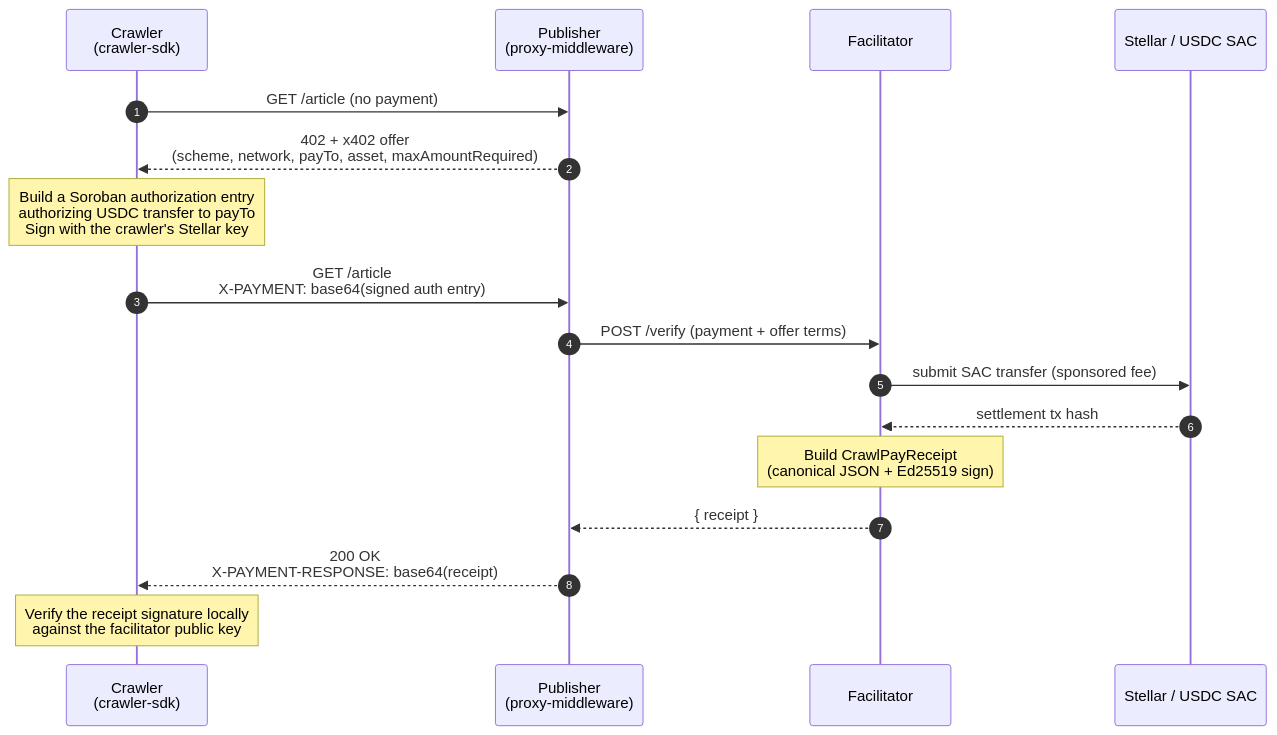
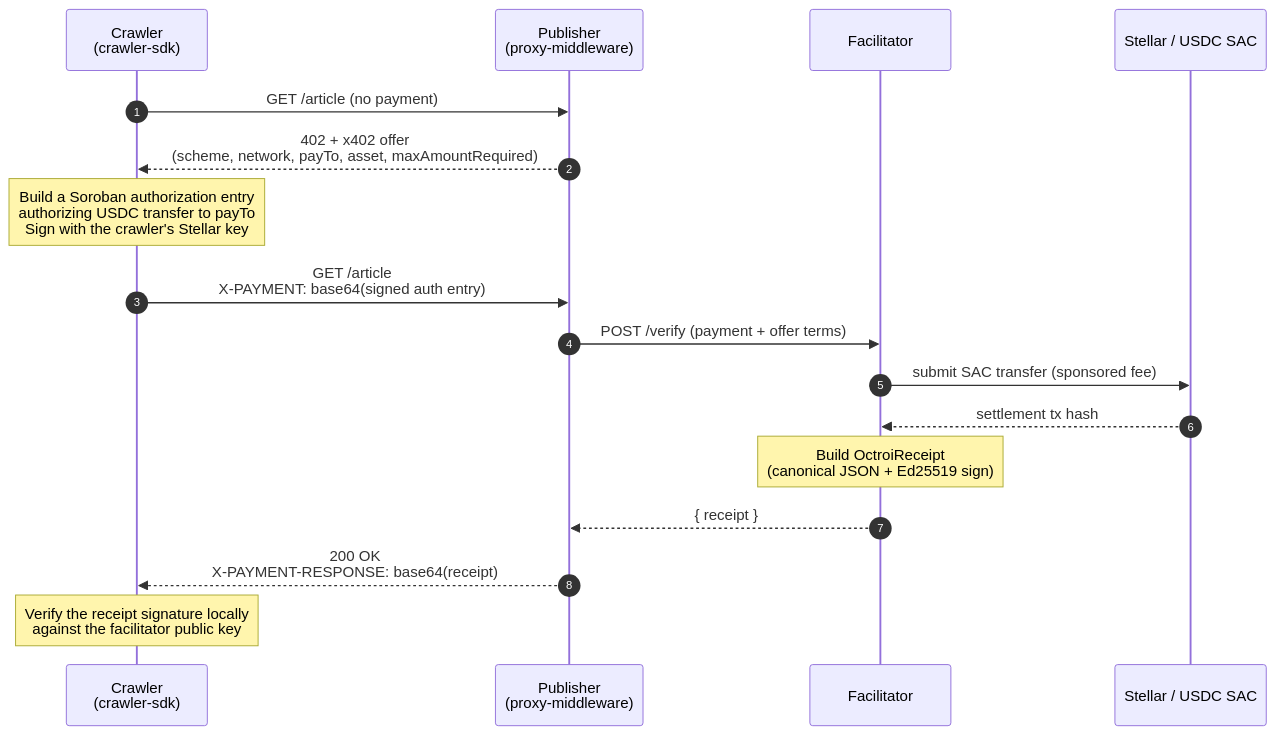
The second of 2 diagrams in README.md (DingTom23/octroi), drawn with Mermaid before and after one commit. The commit also changed other lines of this file and 119 other files, not shown here.

Commit message:
chore: rebrand from CrawlPay to Octroi (closes #30) (#31)

````diff
--- a/README.md
+++ b/README.md
@@ -110,25 +110,25 @@
 ```mermaid
 sequenceDiagram
   autonumber
   participant C as Crawler<br/>(crawler-sdk)
   participant P as Publisher<br/>(proxy-middleware)
   participant F as Facilitator
   participant S as Stellar / USDC SAC
 
   C->>P: GET /article (no payment)
   P-->>C: 402 + x402 offer<br/>(scheme, network, payTo, asset, maxAmountRequired)
 
   Note over C: Build a Soroban authorization entry<br/>authorizing USDC transfer to payTo<br/>Sign with the crawler's Stellar key
 
   C->>P: GET /article<br/>X-PAYMENT: base64(signed auth entry)
   P->>F: POST /verify (payment + offer terms)
   F->>S: submit SAC transfer (sponsored fee)
   S-->>F: settlement tx hash
 
-  Note over F: Build CrawlPayReceipt<br/>(canonical JSON + Ed25519 sign)
+  Note over F: Build OctroiReceipt<br/>(canonical JSON + Ed25519 sign)
 
   F-->>P: { receipt }
   P-->>C: 200 OK<br/>X-PAYMENT-RESPONSE: base64(receipt)
 
   Note over C: Verify the receipt signature locally<br/>against the facilitator public key
 ```
````
